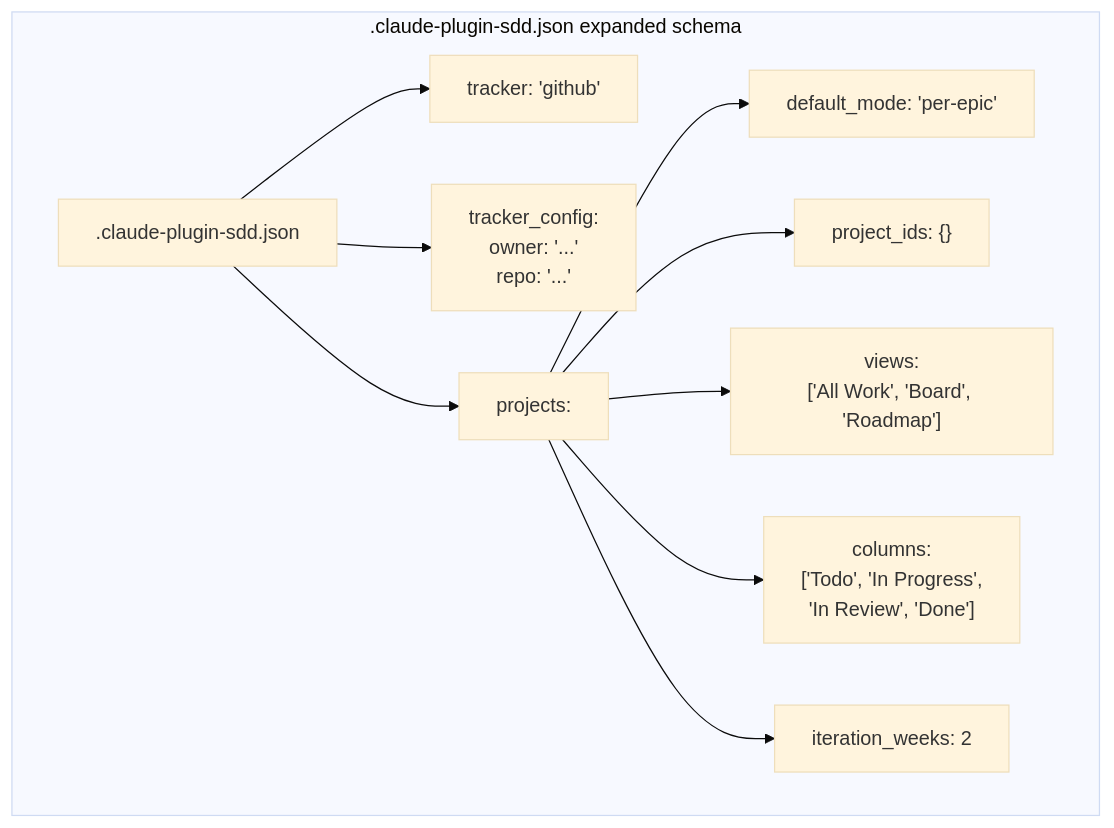
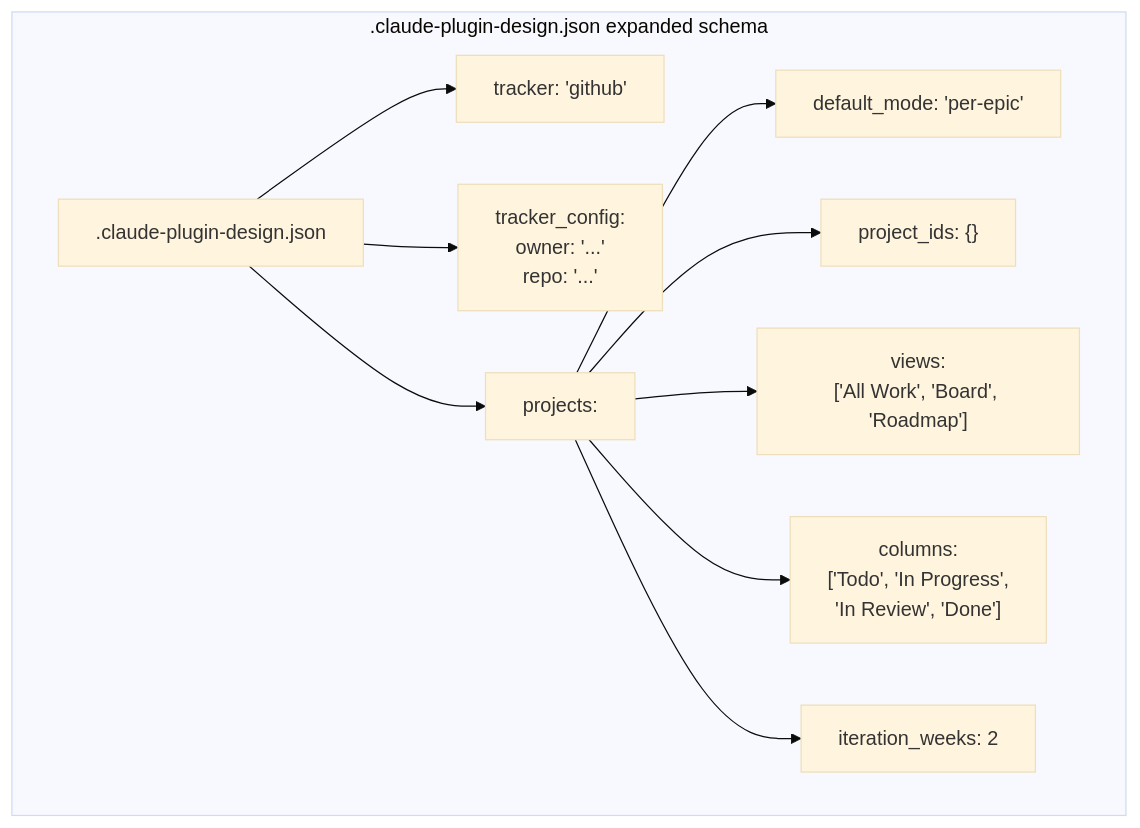
Before and after one commit to joestump/claude-plugin-sdd: the fourth of 4 diagrams in docs/openspec/specs/project-workspace-enrichment/design.md, drawn with Mermaid (base theme). The commit also changed other lines of this file and 33 other files, not shown here.

````diff
--- a/docs/openspec/specs/project-workspace-enrichment/design.md
+++ b/docs/openspec/specs/project-workspace-enrichment/design.md
@@ -159,14 +159,14 @@
 ```mermaid
 flowchart TD
-    subgraph ".claude-plugin-sdd.json expanded schema"
-        root[".claude-plugin-sdd.json"]
+    subgraph ".claude-plugin-design.json expanded schema"
+        root[".claude-plugin-design.json"]
         root --> tracker["tracker: 'github'"]
         root --> tc["tracker_config:\n  owner: '...'\n  repo: '...'"]
         root --> projects["projects:"]
         projects --> dm["default_mode: 'per-epic'"]
         projects --> pi["project_ids: {}"]
         projects --> views["views:\n['All Work', 'Board', 'Roadmap']"]
         projects --> columns["columns:\n['Todo', 'In Progress',\n'In Review', 'Done']"]
         projects --> iw["iteration_weeks: 2"]
     end
 ```
````
